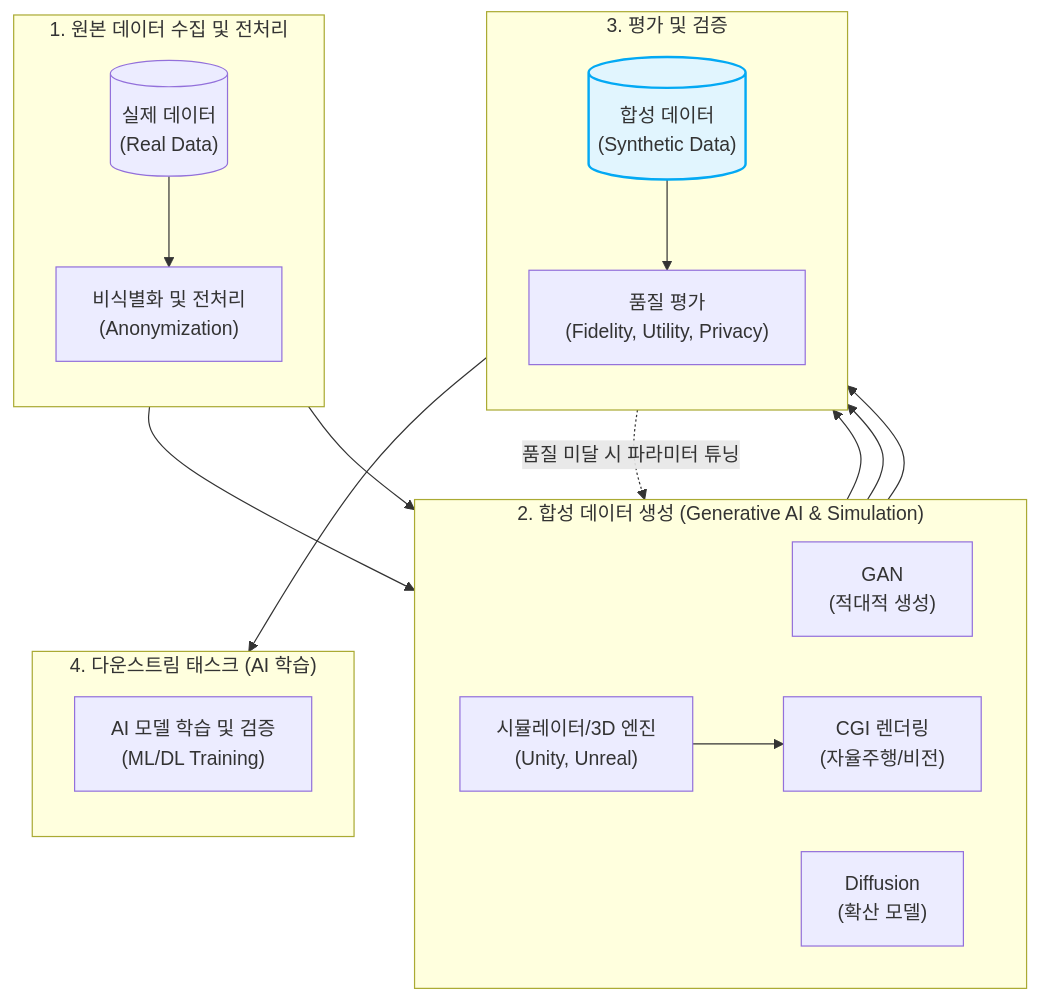
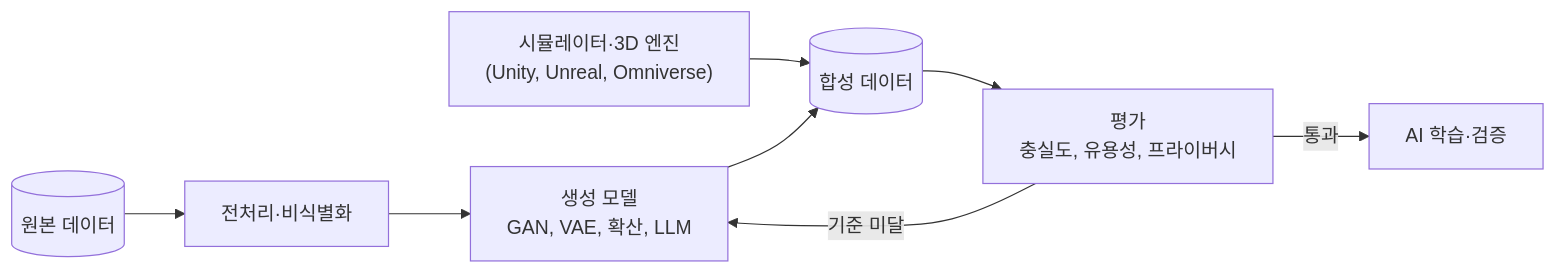
Before and after one commit to supremethumb/supremethumb.github.io: the diagram in content/01_IT Tech/합성 데이터.md, drawn with Mermaid. The commit also changed other lines of this file and 1087 other files, not shown here.

````diff
--- a/content/01_IT Tech/합성 데이터.md
+++ b/content/01_IT Tech/합성 데이터.md
@@ -32,29 +34,10 @@
 ```mermaid
-flowchart TD
-    subgraph "1. 원본 데이터 수집 및 전처리"
-        direction TB
-        RealData[("실제 데이터<br/>(Real Data)")] --> PreProcess["비식별화 및 전처리<br/>(Anonymization)"]
-    end
-    
-    subgraph "2. 합성 데이터 생성 (Generative AI & Simulation)"
-        direction LR
-        PreProcess --> GAN["GAN<br/>(적대적 생성)"]
-        PreProcess --> Diff["Diffusion<br/>(확산 모델)"]
-        Rule["시뮬레이터/3D 엔진<br/>(Unity, Unreal)"] --> CGI["CGI 렌더링<br/>(자율주행/비전)"]
-    end
-    
-    subgraph "3. 평가 및 검증"
-        direction TB
-        GAN & Diff & CGI --> SynData[("합성 데이터<br/>(Synthetic Data)")]
-        SynData --> Eval["품질 평가<br/>(Fidelity, Utility, Privacy)"]
-        Eval -. "품질 미달 시 파라미터 튜닝" .-> GAN
-    end
-    
-    subgraph "4. 다운스트림 태스크 (AI 학습)"
-        direction TB
-        Eval --> Train["AI 모델 학습 및 검증<br/>(ML/DL Training)"]
-    end
-    
-    style SynData fill:#e1f5fe,stroke:#03a9f4,stroke-width:2px
-
+flowchart LR
+    REAL[("원본 데이터")] --> PRE["전처리·비식별화"]
+    PRE --> GEN["생성 모델<br/>GAN, VAE, 확산, LLM"]
+    SIM["시뮬레이터·3D 엔진<br/>(Unity, Unreal, Omniverse)"] --> SYN
+    GEN --> SYN[("합성 데이터")]
+    SYN --> EV["평가<br/>충실도, 유용성, 프라이버시"]
+    EV -- "기준 미달" --> GEN
+    EV -- "통과" --> TR["AI 학습·검증"]
 ```
````
